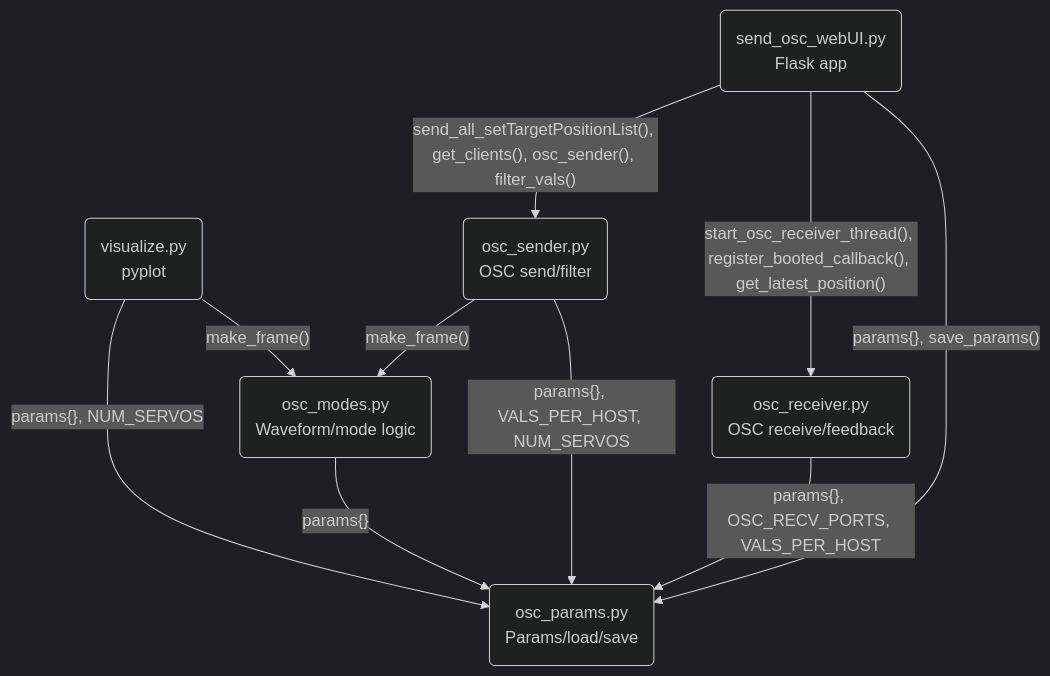
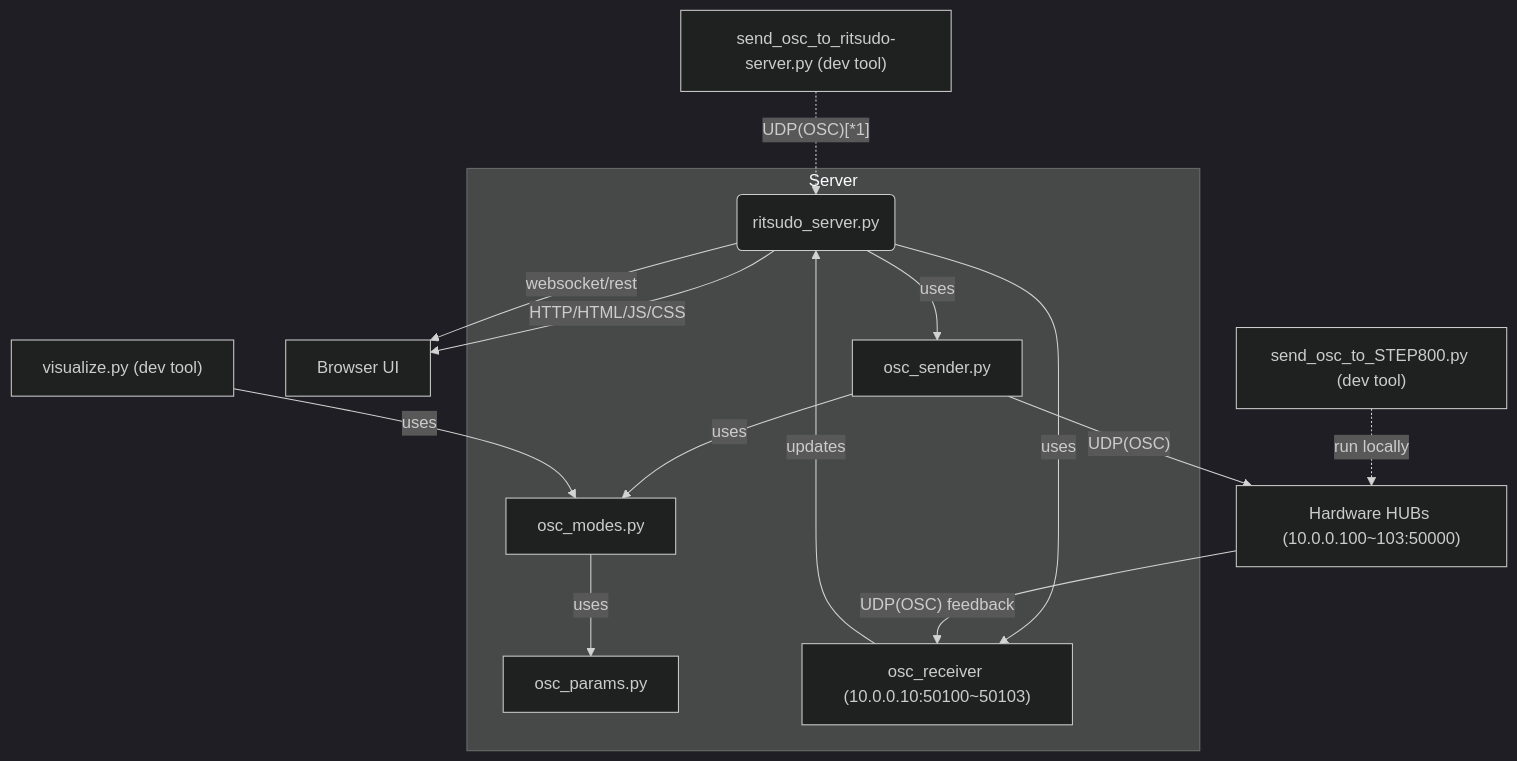
Before and after one commit to fumiya-nakano-DE/SDH_kfy25: the diagram in README.md, drawn with Mermaid (dark theme). The commit also changed other lines of this file and 44 other files, not shown here.

````diff
--- a/README.md
+++ b/README.md
@@ -140,21 +167,21 @@
 ```mermaid
 graph TD
-    send_osc_webUI("send_osc_webUI.py<br/>Flask app")
-    visualizer("visualize.py<br/>pyplot")
-    visualizer  -- "params{}, NUM_SERVOS" --> osc_params
+    Browser[Browser UI]
+    Flask(ritsudo_server.py) -- HTTP/HTML/JS/CSS --> Browser
+    Flask -- websocket/rest --> Browser
 
-    osc_sender("osc_sender.py<br/>OSC send/filter")
-    osc_receiver("osc_receiver.py<br/>OSC receive/feedback")
-    osc_modes("osc_modes.py<br/>Waveform/mode logic")
-    osc_params("osc_params.py<br/>Params/load/save")
-    osc_sender -- "make_frame()" --> osc_modes
-    
-    send_osc_webUI -- "send_all_setTargetPositionList(), get_clients(), osc_sender(), filter_vals()" --> osc_sender
-    send_osc_webUI -- "start_osc_receiver_thread(), register_booted_callback(), get_latest_position()" --> osc_receiver
-    send_osc_webUI -- "params{}, save_params()" --> osc_params
+    subgraph Server
+      osc_modes -- uses --> osc_params[osc_params.py]
+      osc_sender -- uses --> osc_modes[osc_modes.py]
+      Flask -- uses --> osc_sender[osc_sender.py]
+      Flask -- uses --> osc_receiver[osc_receiver.py]
+    end
 
-    osc_sender -- "params{}, VALS_PER_HOST, NUM_SERVOS" --> osc_params
-    osc_modes -- "params{}" --> osc_params
-    osc_receiver -- "params{}, OSC_RECV_PORTS, VALS_PER_HOST" --> osc_params
-    visualizer  -- "make_frame()" --> osc_modes
+    osc_sender -- UDP(OSC) --> Hubs["Hardware HUBs (10.0.0.100~103:50000)"]
+    Hubs -- UDP(OSC) feedback --> osc_receiver
+    osc_receiver["osc_receiver (10.0.0.10:50100~50103)"] -- updates --> Flask
+
+    sendosc2board["send_osc_to_STEP800.py (dev tool)"] -. run locally .-> Hubs
+    sendosc2server["send_osc_to_ritsudo-server.py (dev tool)"] -. UDP(OSC)[*1] .-> Flask
+    visualizer["visualize.py (dev tool)"]-- uses --> osc_modes
 ```
````
